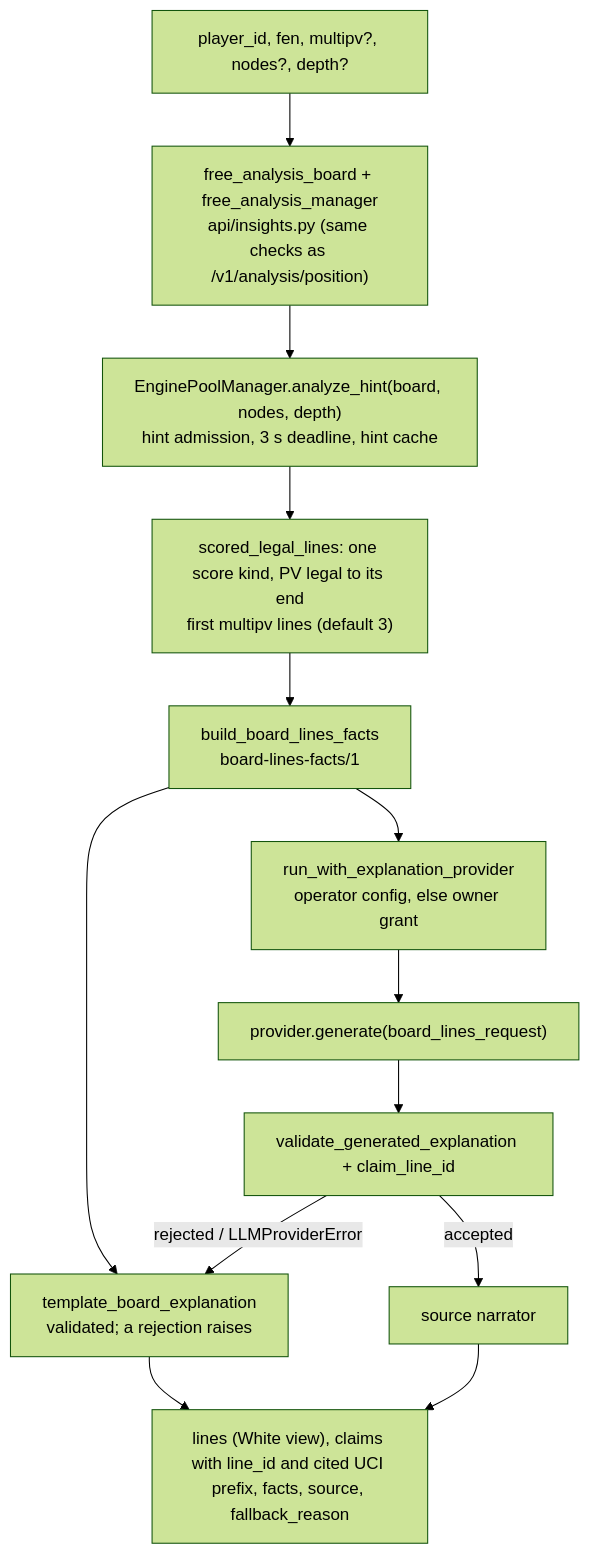
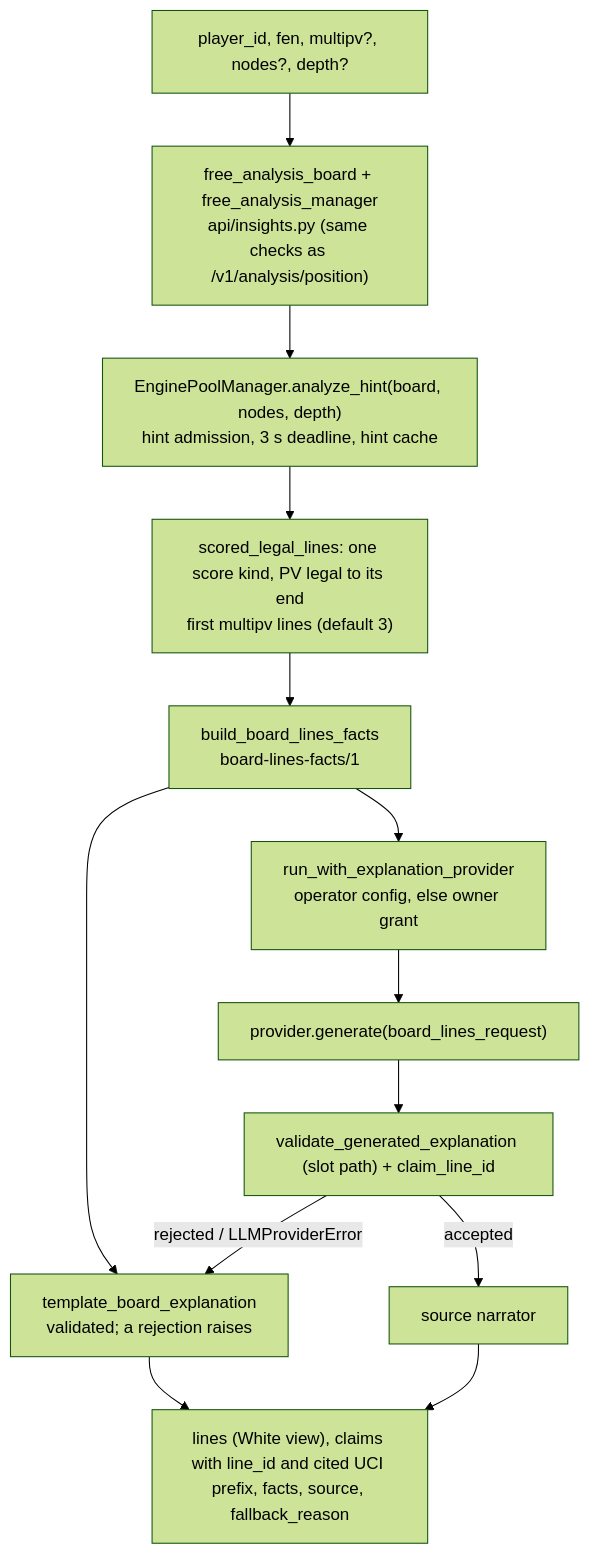
One commit to Mathews-Tom/Scan64 changed the second of 2 diagrams in docs/narrator-pipeline.md. Above: the diagram before and after it, drawn with Mermaid (forest theme). The commit also changed other lines of this file, not shown here.

First line of the commit message:
docs(narrator): document fact slots, the slot validator path and reason codes

````diff
--- a/docs/narrator-pipeline.md
+++ b/docs/narrator-pipeline.md
@@ -307,15 +327,15 @@
 ```mermaid
 flowchart TD
     REQ["player_id, fen, multipv?, nodes?, depth?"] --> ADM["free_analysis_board + free_analysis_manager<br/>api/insights.py (same checks as /v1/analysis/position)"]
     ADM --> HINT["EnginePoolManager.analyze_hint(board, nodes, depth)<br/>hint admission, 3 s deadline, hint cache"]
     HINT --> SL["scored_legal_lines: one score kind, PV legal to its end<br/>first multipv lines (default 3)"]
     SL --> BF["build_board_lines_facts<br/>board-lines-facts/1"]
     BF --> TPL["template_board_explanation<br/>validated; a rejection raises"]
     BF --> RUN["run_with_explanation_provider<br/>operator config, else owner grant"]
     RUN --> GEN["provider.generate(board_lines_request)"]
-    GEN --> VAL["validate_generated_explanation + claim_line_id"]
+    GEN --> VAL["validate_generated_explanation (slot path) + claim_line_id"]
     VAL -->|"accepted"| NAR["source narrator"]
     VAL -->|"rejected / LLMProviderError"| TPL
     TPL --> RESP["lines (White view), claims with line_id and cited UCI prefix, facts, source, fallback_reason"]
     NAR --> RESP
 ```
````
